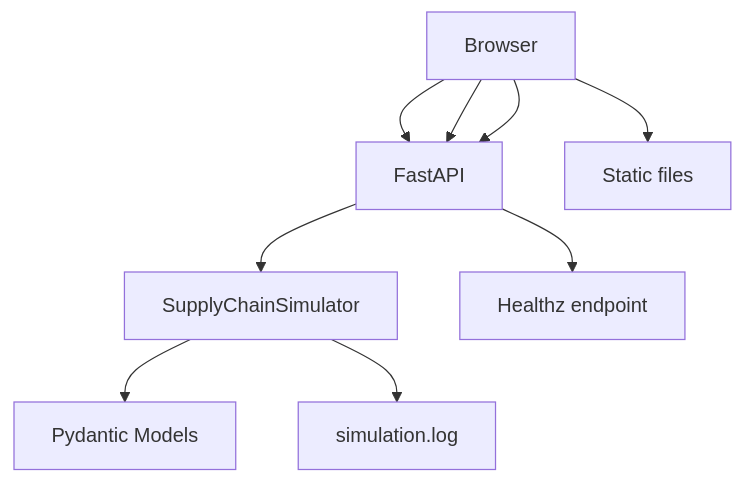
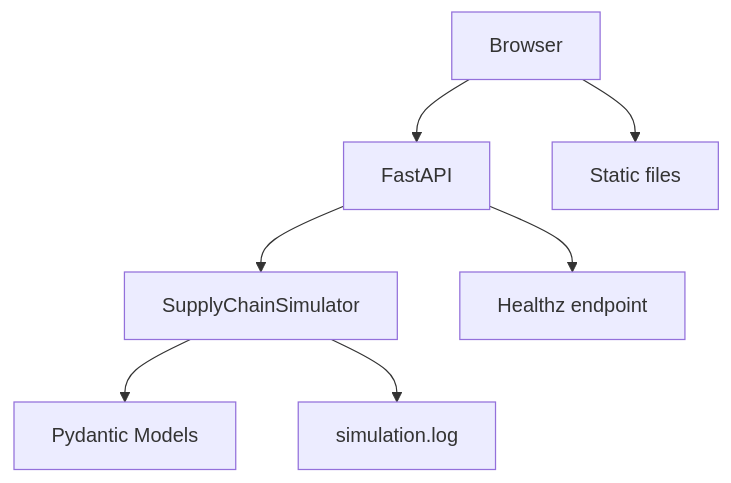
Before and after one commit to miumigy/scpln: the first of 3 diagrams in README.md, drawn with Mermaid. The commit also changed other lines of this file, not shown here.

Commit message:
docs(readme): restructure with clear sections, unified sequence diagram, API/UI/CSV/RunRegistry grouped; add TOC

````diff
--- a/README.md
+++ b/README.md
@@ -508,11 +118,9 @@
 ```mermaid
 graph TD;
   B[Browser] --> A[FastAPI];
   B --> S[Static files];
-  B --> A;
-  B --> A;
   A --> E[SupplyChainSimulator];
   E --> M[Pydantic Models];
   A --> H[Healthz endpoint];
   E --> L[simulation.log];
 ```
````
